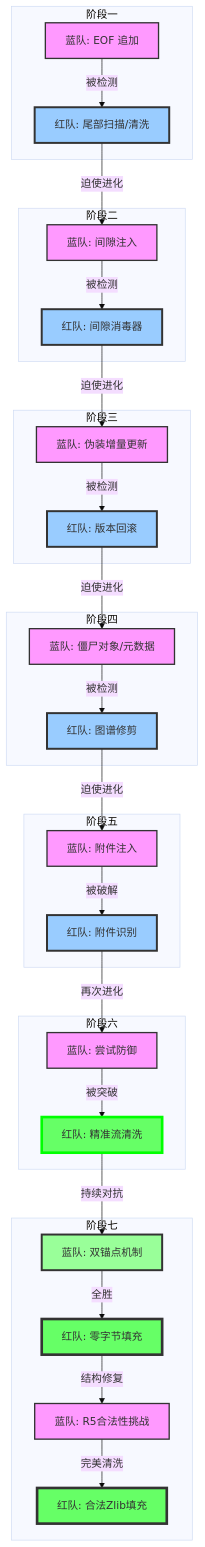
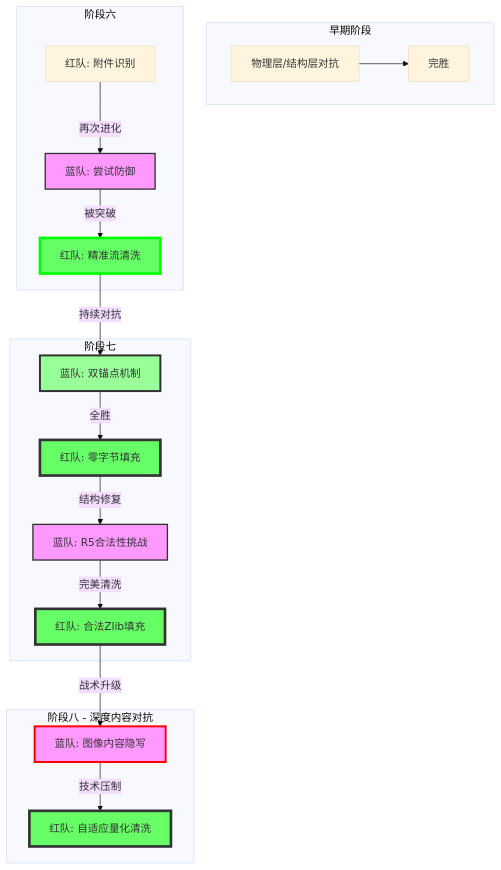
One commit to hrygo/phantom-stream changed the diagram in attacker/PHANTOMSTREAM_FINAL_REPORT.md. Above: the diagram before and after it, drawn with Mermaid (base theme). The commit also changed other lines of this file and 35 other files, not shown here.

````diff
--- a/attacker/PHANTOMSTREAM_FINAL_REPORT.md
+++ b/attacker/PHANTOMSTREAM_FINAL_REPORT.md
@@ -19,57 +19,32 @@
 ```mermaid
 graph TD
-    subgraph Phase1 [阶段一]
-    D1[蓝队: EOF 追加] -->|被检测| A1[红队: 尾部扫描/清洗]
+    subgraph Phase1-5 [早期阶段]
+    D1[物理层/结构层对抗] --> A1[完胜]
     end
     
-    subgraph Phase2 [阶段二]
-    A1 -->|迫使进化| D2[蓝队: 间隙注入]
-    D2 -->|被检测| A2[红队: 间隙消毒器]
-    end
-    
-    subgraph Phase3 [阶段三]
-    A2 -->|迫使进化| D3[蓝队: 伪装增量更新]
-    D3 -->|被检测| A3[红队: 版本回滚]
-    end
-    
-    subgraph Phase4 [阶段四]
-    A3 -->|迫使进化| D4[蓝队: 僵尸对象/元数据]
-    D4 -->|被检测| A4[红队: 图谱修剪]
-    end
-
-    subgraph Phase5 [阶段五]
-    A4 -->|迫使进化| D5[蓝队: 附件注入]
-    D5 -->|被破解| A5[红队: 附件识别]
-    end
-
-    style D1 fill:#f9f,stroke:#333,stroke-width:2px
-    style D2 fill:#f9f,stroke:#333,stroke-width:2px
-    style D3 fill:#f9f,stroke:#333,stroke-width:2px
-    style D4 fill:#f9f,stroke:#333,stroke-width:2px
-    style D5 fill:#f9f,stroke:#333,stroke-width:2px
-
-    style A1 fill:#9cf,stroke:#333,stroke-width:3px
-    style A2 fill:#9cf,stroke:#333,stroke-width:3px
-    style A3 fill:#9cf,stroke:#333,stroke-width:3px
-    style A4 fill:#9cf,stroke:#333,stroke-width:3px
-    style A5 fill:#9cf,stroke:#333,stroke-width:3px
-
     subgraph Phase6 [阶段六]
-    A5 -->|再次进化| D6[蓝队: 尝试防御]
+    A5[红队: 附件识别] -->|再次进化| D6[蓝队: 尝试防御]
     D6 -->|被突破| A6[红队: 精准流清洗]
     end
 
     subgraph Phase7 [阶段七]
     A6 -->|持续对抗| D7[蓝队: 双锚点机制]
     D7 -->|全胜| A7[红队: 零字节填充]
     A7 -->|结构修复| D8[蓝队: R5合法性挑战]
     D8 -->|完美清洗| A8[红队: 合法Zlib填充]
     end
 
+    subgraph Phase8 [阶段八 - 深度内容对抗]
+    A8 -->|战术升级| D9[蓝队: 图像内容隐写]
+    D9 -->|技术压制| A9[红队: 自适应量化清洗]
+    end
+
     style D6 fill:#f9f,stroke:#333,stroke-width:2px
     style A6 fill:#6f6,stroke:#0f0,stroke-width:4px
     style D7 fill:#9f9,stroke:#f99,stroke:#333,stroke-width:3px
     style A7 fill:#6f6,stroke:#0f0,stroke:#333,stroke-width:4px
     style D8 fill:#f9f,stroke:#333,stroke-width:2px
     style A8 fill:#6f6,stroke:#0f0,stroke:#333,stroke-width:4px
+    style D9 fill:#f9f,stroke:#f00,stroke-width:3px
+    style A9 fill:#6f6,stroke:#0f0,stroke:#333,stroke-width:4px
 ```
````
